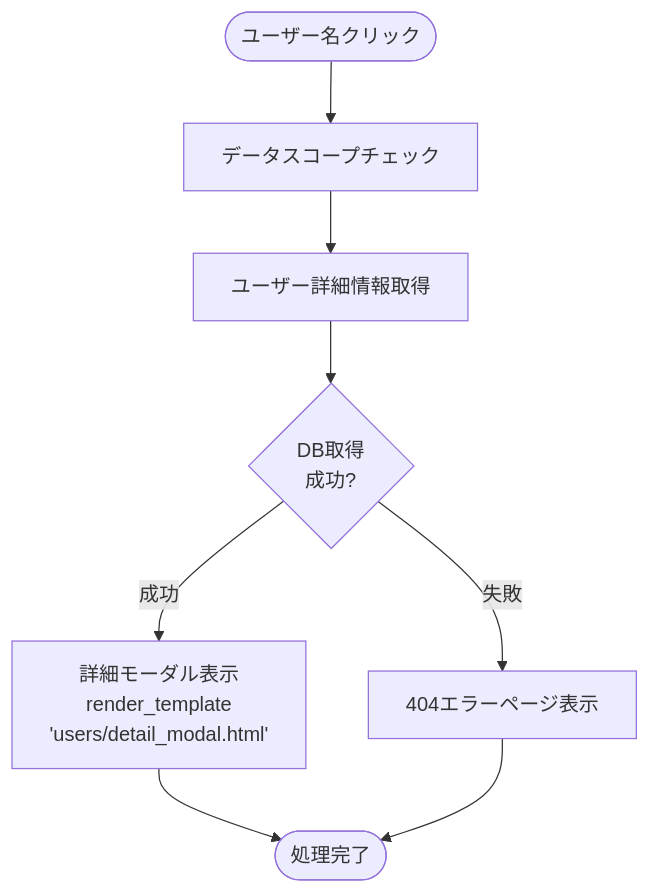
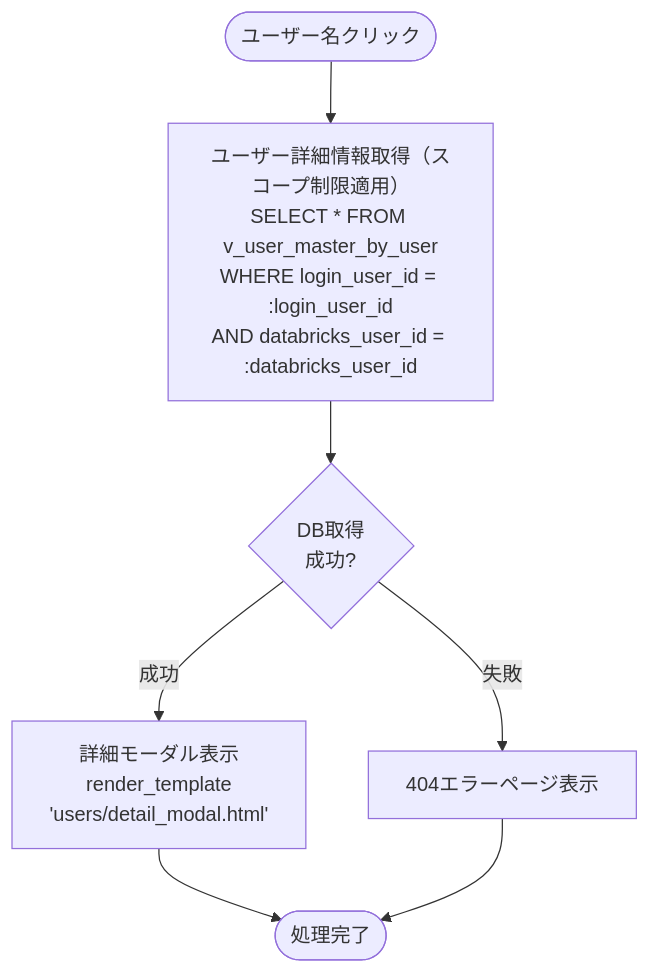
The seventh of 8 diagrams in docs/03-features/flask-app/users/workflow-specification.md (NSW-SVCP-AIWG002/Databricks-IoT), drawn with Mermaid before and after one commit. The commit also changed other lines of this file, not shown here.

````diff
--- a/docs/03-features/flask-app/users/workflow-specification.md
+++ b/docs/03-features/flask-app/users/workflow-specification.md
@@ -1646,12 +1598,11 @@
 ```mermaid
 flowchart TD
-    Start([ユーザー名クリック]) --> DataScope[データスコープチェック]
-    DataScope --> GetUser[ユーザー詳細情報取得]
+    Start([ユーザー名クリック]) --> GetUser[ユーザー詳細情報取得（スコープ制限適用）<br>SELECT * FROM v_user_master_by_user<br>WHERE login_user_id = :login_user_id<br>AND databricks_user_id = :databricks_user_id]
     GetUser --> CheckDB{DB取得<br>成功?}
 
     CheckDB -->|成功| Modal[詳細モーダル表示<br>render_template<br>'users/detail_modal.html']
     Modal --> End([処理完了])
 
     CheckDB -->|失敗| Error404[404エラーページ表示]
     Error404 --> End
 ```
````
